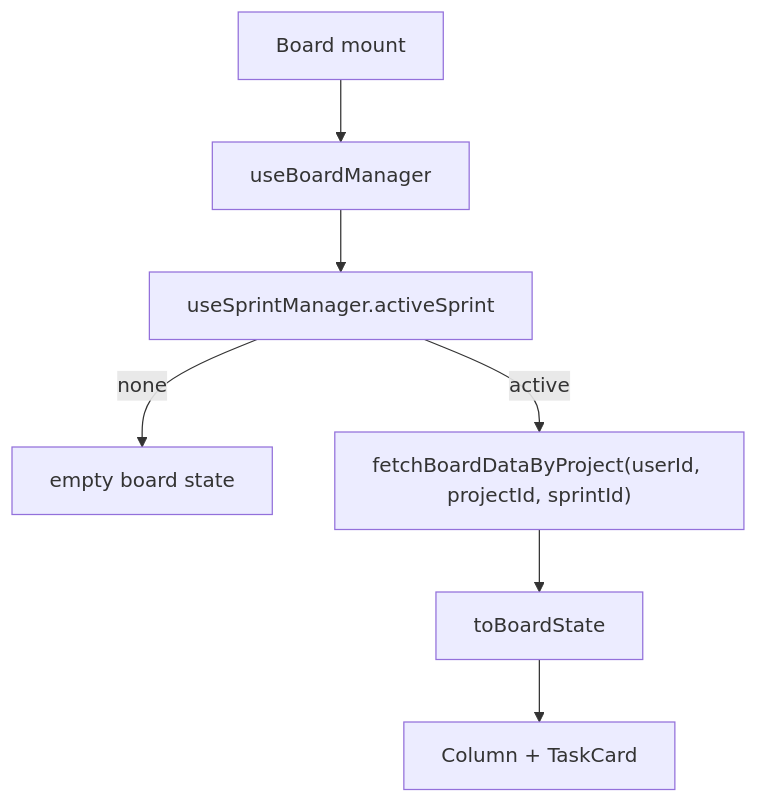
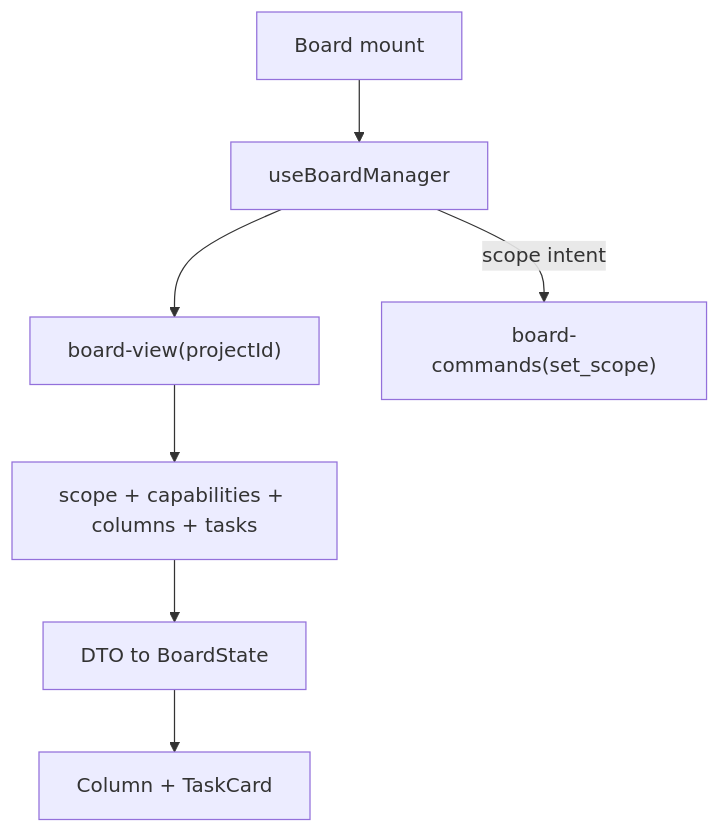
The diagram in src/features/board/CODEX.md (hannahNchan/nexuxplanner), drawn with Mermaid before and after one commit. The commit also changed other lines of this file and 15 other files, not shown here.

Commit message:
feat(board): consume backend kanban and sprint scopes

````diff
--- a/src/features/board/CODEX.md
+++ b/src/features/board/CODEX.md
@@ -21,9 +21,9 @@
 ```mermaid
 flowchart TD
   A["Board mount"] --> B["useBoardManager"]
-  B --> C["useSprintManager.activeSprint"]
-  C -->|none| D["empty board state"]
-  C -->|active| E["fetchBoardDataByProject(userId, projectId, sprintId)"]
-  E --> F["toBoardState"]
-  F --> G["Column + TaskCard"]
+  B --> C["board-view(projectId)"]
+  C --> D["scope + capabilities + columns + tasks"]
+  D --> E["DTO to BoardState"]
+  E --> F["Column + TaskCard"]
+  B -->|scope intent| G["board-commands(set_scope)"]
 ```
````
